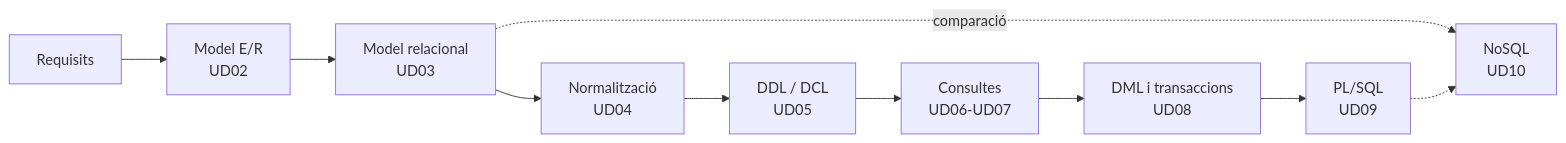
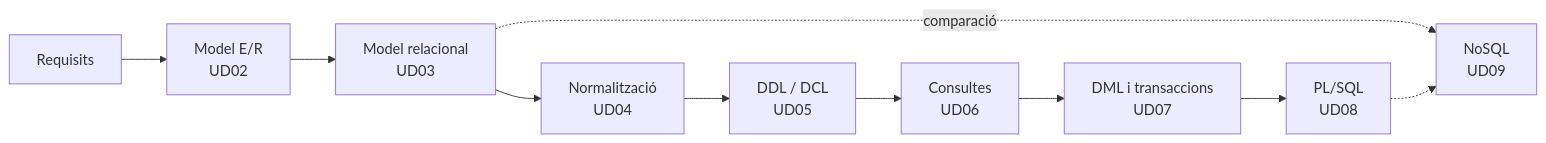
Before and after one commit to LorenaLResusta/BBDD: the diagram in content.val/_index.md, drawn with Mermaid. The commit also changed other lines of this file and 317 other files, not shown here.

First line of the commit message:
Renumeración a 9 unidades: fusiona las consultas en UD06 (40 h) y renumera DML, PL/SQL y NoSQL como UD07-UD09

````diff
--- a/content.val/_index.md
+++ b/content.val/_index.md
@@ -25,12 +25,12 @@
 ```mermaid
 flowchart LR
     A[Requisits] --> B[Model E/R<br/>UD02]
     B --> C[Model relacional<br/>UD03]
     C --> D[Normalització<br/>UD04]
     D --> E[DDL / DCL<br/>UD05]
-    E --> F[Consultes<br/>UD06-UD07]
-    F --> G[DML i transaccions<br/>UD08]
-    G --> H[PL/SQL<br/>UD09]
-    C -.comparació.-> I[NoSQL<br/>UD10]
+    E --> F[Consultes<br/>UD06]
+    F --> G[DML i transaccions<br/>UD07]
+    G --> H[PL/SQL<br/>UD08]
+    C -.comparació.-> I[NoSQL<br/>UD09]
     H -.-> I
 ```
````
